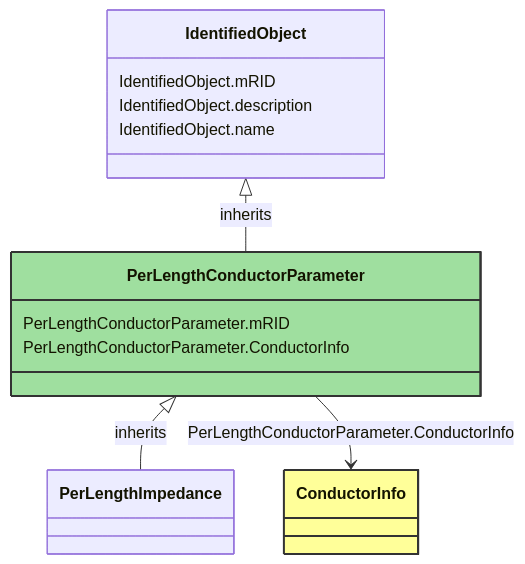
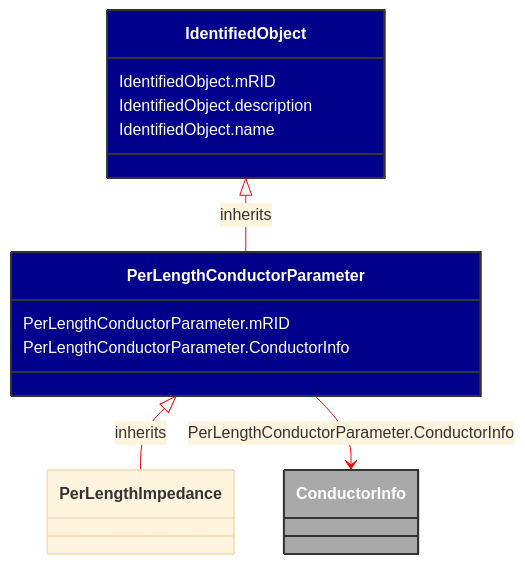
Before and after one commit to 3lbits/NoCIMExtensions: the diagram in docs/Models/Profiles/SubseaCableInfo/AbstractClasses/PerLengthConductorParameter.md, drawn with Mermaid. The commit also changed 58 other files, not shown here.

````diff
--- a/docs/Models/Profiles/SubseaCableInfo/AbstractClasses/PerLengthConductorParameter.md
+++ b/docs/Models/Profiles/SubseaCableInfo/AbstractClasses/PerLengthConductorParameter.md
@@ -10,31 +10,32 @@
 ```mermaid
+%%{init: {'theme':'base','themeVariables': {'lineColor': '#FF0000'}}}%%
 classDiagram
     class PerLengthConductorParameter
     click PerLengthConductorParameter href "/Models/Profiles/SubseaCableInfo/AbstractClasses/PerLengthConductorParameter/"
-    style PerLengthConductorParameter fill:#9fdf9f,stroke:#333,stroke-width:2px,rx:10,ry:10
+    style PerLengthConductorParameter fill:#006400,stroke:#333,stroke-width:2px,rx:10,ry:10,color:white
 
         PerLengthConductorParameter <|-- PerLengthImpedance : inherits
             click PerLengthConductorParameter href "/Models/Profiles/SubseaCableInfo/AbstractClasses/PerLengthConductorParameter/"
-            style PerLengthConductorParameter rx:10,ry:10
+            style PerLengthConductorParameter fill:#00008B,stroke:#333,stroke-width:2px,rx:10,ry:10,color:white
 
         PerLengthImpedance
             click PerLengthImpedance href "/Models/Profiles/SubseaCableInfo/AbstractClasses/PerLengthImpedance/"
-            style PerLengthImpedance rx:10,ry:10
+            style PerLengthConductorParameter fill:#00008B,stroke:#333,stroke-width:2px,rx:10,ry:10,color:white
 
         IdentifiedObject <|-- PerLengthConductorParameter : inherits
             click IdentifiedObject href "/Models/Profiles/SubseaCableInfo/AbstractClasses/IdentifiedObject/"
-            style IdentifiedObject rx:10,ry:10
+            style IdentifiedObject fill:#00008B,stroke:#333,stroke-width:2px,rx:10,ry:10,color:white
 
         PerLengthConductorParameter --> ConductorInfo : PerLengthConductorParameter.ConductorInfo
 
         ConductorInfo
             click ConductorInfo href "/Models/Profiles/SubseaCableInfo/AbstractClasses/ConductorInfo/"
-            style ConductorInfo fill:#ffff99,stroke:#333,stroke-width:2px,rx:10,ry:10
+            style ConductorInfo fill:#A9A9A9,stroke:#333,stroke-width:2px,rx:10,ry:10,color:white
 
 
         PerLengthConductorParameter : PerLengthConductorParameter.mRID
         PerLengthConductorParameter : PerLengthConductorParameter.ConductorInfo
         IdentifiedObject : IdentifiedObject.mRID
         IdentifiedObject : IdentifiedObject.description
         IdentifiedObject : IdentifiedObject.name
 ```
````
